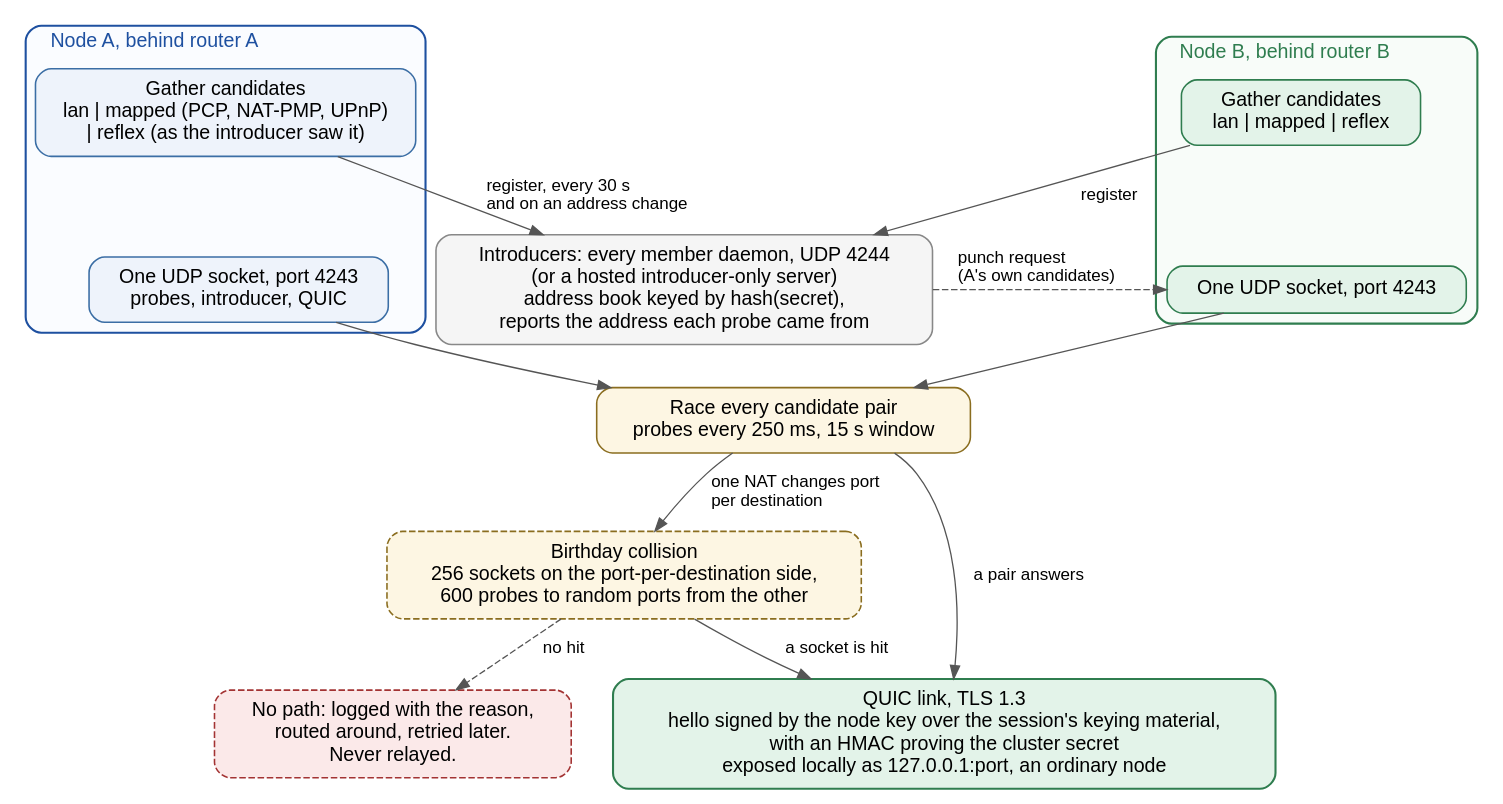
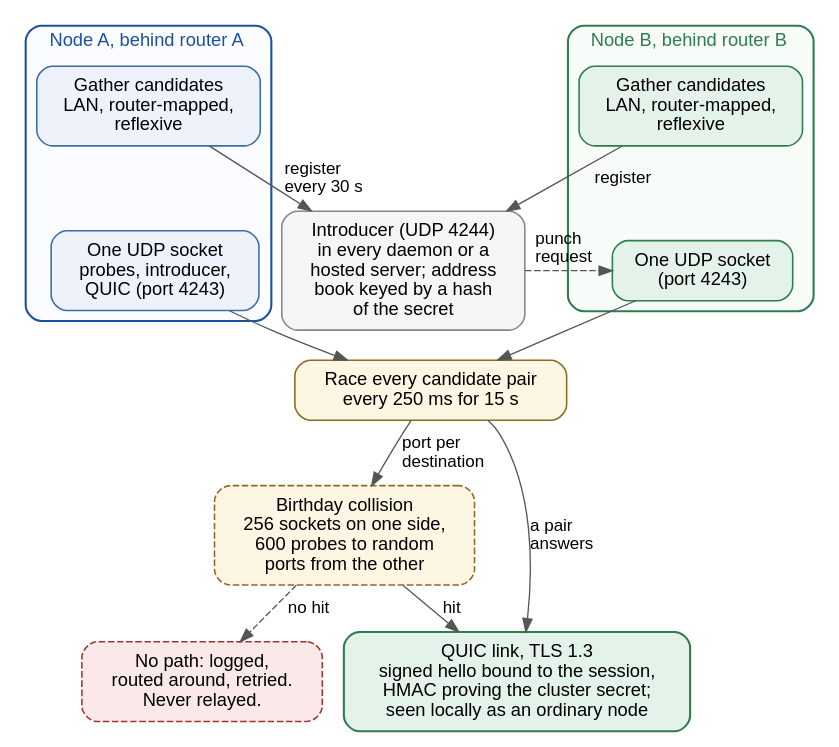
One commit to vinayakyadav2709/Pipedpeer changed the diagram in docs/diagrams/src/fig_4.1_nat_traversal.dot. Above: the diagram before and after it, drawn with Graphviz. The commit also changed 49 other files, not shown here.

```diff
--- a/docs/diagrams/src/fig_4.1_nat_traversal.dot
+++ b/docs/diagrams/src/fig_4.1_nat_traversal.dot
@@ -1,42 +1,42 @@
 // Figure 4.1 - Joining across networks.
 // Two nodes behind different routers; the introducer only exchanges addresses.
 // Every daemon serves the introducer for its own cluster (UDP 4244); a node
 // registers with every introducer it knows.
 digraph NAT {
-  rankdir=TB; bgcolor="white"; nodesep=0.45; ranksep=0.45; compound=true;
-  node [fontname="Helvetica", fontsize=15, shape=box, style="rounded,filled",
+  rankdir=TB; bgcolor="white"; nodesep=0.22; ranksep=0.30; compound=true;
+  node [fontname="Helvetica", fontsize=14, shape=box, style="rounded,filled",
         fillcolor="#eef3fb", color="#3b6ea5", penwidth=1.2, margin="0.18,0.11"];
   edge [fontname="Helvetica", fontsize=13, color="#555555"];
 
-  intro [label="Introducers: every member daemon, UDP 4244\n(or a hosted introducer-only server)\naddress book keyed by hash(secret),\nreports the address each probe came from", fillcolor="#f5f5f5", color="#888888"];
+  intro [label="Introducer (UDP 4244)\nin every daemon or a\nhosted server; address\nbook keyed by a hash\nof the secret", fillcolor="#f5f5f5", color="#888888"];
 
   subgraph cluster_a {
-    label="Node A, behind router A"; labeljust=l; fontsize=15; fontname="Helvetica";
+    label="Node A, behind router A"; labeljust=l; fontsize=14; fontname="Helvetica";
     style="rounded"; color="#1e50a0"; penwidth=1.6; bgcolor="#fafcff"; fontcolor="#1e50a0";
-    a1 [label="Gather candidates\nlan | mapped (PCP, NAT-PMP, UPnP)\n| reflex (as the introducer saw it)"];
-    a2 [label="One UDP socket, port 4243\nprobes, introducer, QUIC"];
+    a1 [label="Gather candidates\nLAN, router-mapped,\nreflexive"];
+    a2 [label="One UDP socket\nprobes, introducer,\nQUIC (port 4243)"];
     a1 -> a2 [style=invis];
   }
   subgraph cluster_b {
-    label="Node B, behind router B"; labeljust=l; fontsize=15; fontname="Helvetica";
+    label="Node B, behind router B"; labeljust=l; fontsize=14; fontname="Helvetica";
     style="rounded"; color="#2f7d4f"; penwidth=1.6; bgcolor="#f8fcf9"; fontcolor="#2f7d4f";
     node [fillcolor="#e3f3e9", color="#2f7d4f"];
-    b1 [label="Gather candidates\nlan | mapped | reflex"];
-    b2 [label="One UDP socket, port 4243"];
+    b1 [label="Gather candidates\nLAN, router-mapped,\nreflexive"];
+    b2 [label="One UDP socket\n(port 4243)"];
     b1 -> b2 [style=invis];
   }
 
-  race [label="Race every candidate pair\nprobes every 250 ms, 15 s window", fillcolor="#fdf6e3", color="#8a6d1f"];
-  bday [label="Birthday collision\n256 sockets on the port-per-destination side,\n600 probes to random ports from the other", fillcolor="#fdf6e3", color="#8a6d1f", style="rounded,filled,dashed"];
-  quic [label="QUIC link, TLS 1.3\nhello signed by the node key over the session's keying material,\nwith an HMAC proving the cluster secret\nexposed locally as 127.0.0.1:port, an ordinary node", fillcolor="#e3f3e9", color="#2f7d4f", penwidth=1.6];
-  none [label="No path: logged with the reason,\nrouted around, retried later.\nNever relayed.", fillcolor="#fbe9e9", color="#a33333", style="rounded,filled,dashed"];
+  race [label="Race every candidate pair\nevery 250 ms for 15 s", fillcolor="#fdf6e3", color="#8a6d1f"];
+  bday [label="Birthday collision\n256 sockets on one side,\n600 probes to random\nports from the other", fillcolor="#fdf6e3", color="#8a6d1f", style="rounded,filled,dashed"];
+  quic [label="QUIC link, TLS 1.3\nsigned hello bound to the session,\nHMAC proving the cluster secret;\nseen locally as an ordinary node", fillcolor="#e3f3e9", color="#2f7d4f", penwidth=1.6];
+  none [label="No path: logged,\nrouted around, retried.\nNever relayed.", fillcolor="#fbe9e9", color="#a33333", style="rounded,filled,dashed"];
 
-  a1 -> intro [label="  register, every 30 s\l  and on an address change\l"];
-  b1 -> intro [label="  register  "];
-  intro -> b2 [label="  punch request\l  (A's own candidates)\l", style=dashed];
+  a1 -> intro [label="register\levery 30 s\l"];
+  b1 -> intro [label="register"];
+  intro -> b2 [label="punch\lrequest\l", style=dashed];
   a2 -> race; b2 -> race;
-  race -> quic [label="  a pair answers  "];
-  race -> bday [label="  one NAT changes port\l  per destination\l"];
-  bday -> quic [label="  a socket is hit  "];
-  bday -> none [label="  no hit  ", style=dashed];
+  race -> quic [label="a pair\lanswers\l"];
+  race -> bday [label="port per\ldestination\l"];
+  bday -> quic [label="hit"];
+  bday -> none [label="no hit", style=dashed];
 }
```
